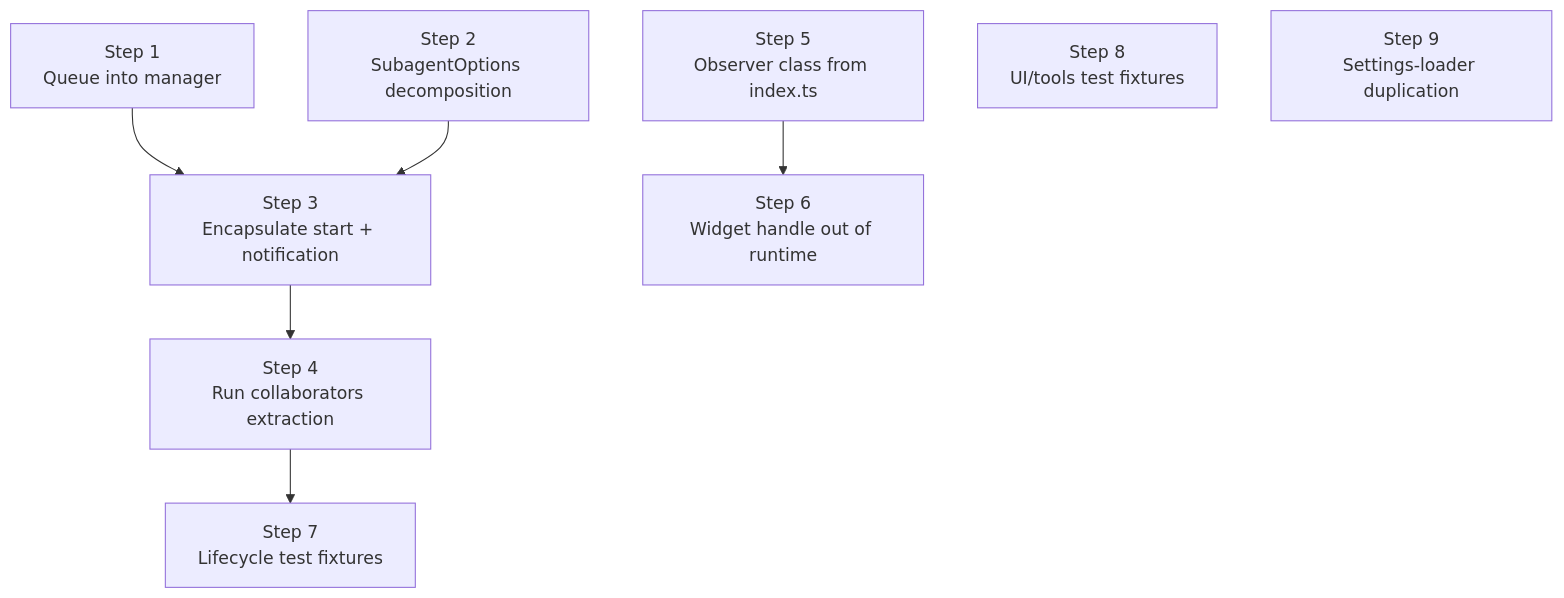
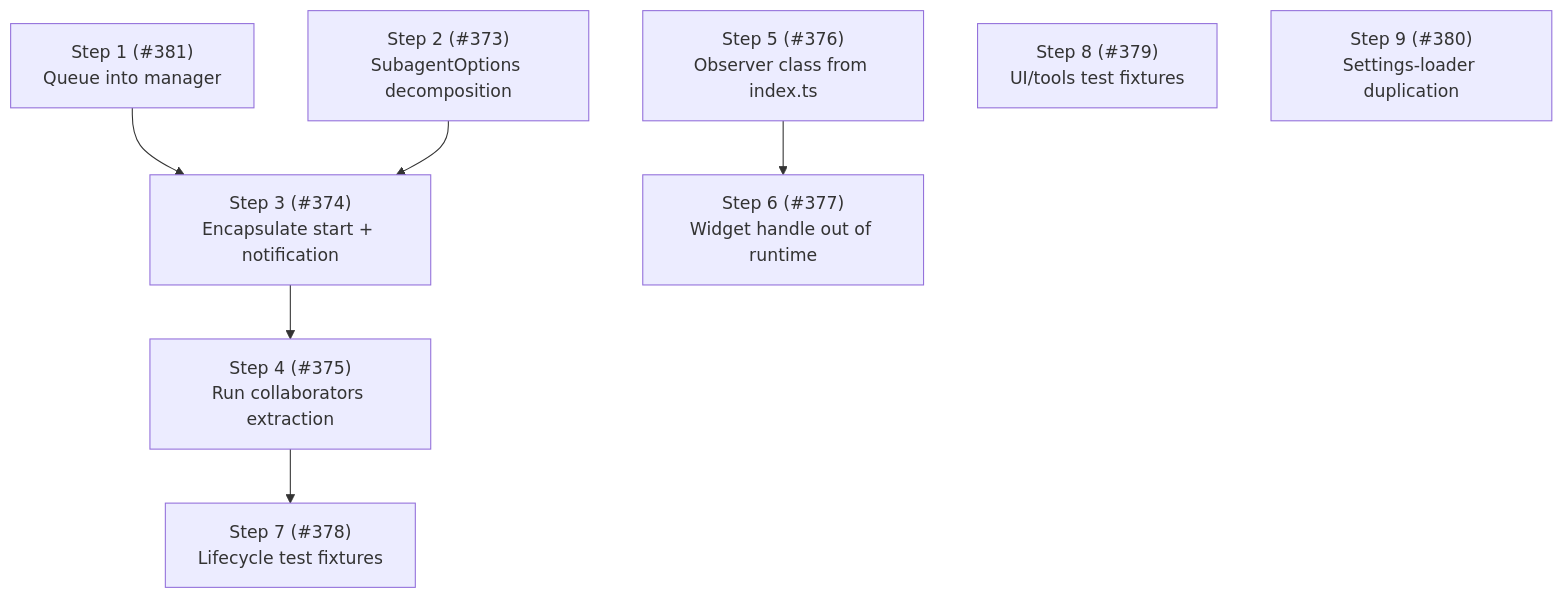
Before and after one commit to ttdua/pi-subagents: the sixth of 6 diagrams in docs/architecture/architecture.md, drawn with Mermaid. The commit also changed other lines of this file, not shown here.

Commit message:
docs(pi-subagents): link Phase 17 roadmap steps to issues #373-#381

````diff
--- a/docs/architecture/architecture.md
+++ b/docs/architecture/architecture.md
@@ -887,18 +887,18 @@
 ```mermaid
 flowchart TB
-    S1["Step 1<br/>Queue into manager"]
-    S2["Step 2<br/>SubagentOptions decomposition"]
-    S3["Step 3<br/>Encapsulate start + notification"]
-    S4["Step 4<br/>Run collaborators extraction"]
-    S5["Step 5<br/>Observer class from index.ts"]
-    S6["Step 6<br/>Widget handle out of runtime"]
-    S7["Step 7<br/>Lifecycle test fixtures"]
-    S8["Step 8<br/>UI/tools test fixtures"]
-    S9["Step 9<br/>Settings-loader duplication"]
+    S1["Step 1 (#381)<br/>Queue into manager"]
+    S2["Step 2 (#373)<br/>SubagentOptions decomposition"]
+    S3["Step 3 (#374)<br/>Encapsulate start + notification"]
+    S4["Step 4 (#375)<br/>Run collaborators extraction"]
+    S5["Step 5 (#376)<br/>Observer class from index.ts"]
+    S6["Step 6 (#377)<br/>Widget handle out of runtime"]
+    S7["Step 7 (#378)<br/>Lifecycle test fixtures"]
+    S8["Step 8 (#379)<br/>UI/tools test fixtures"]
+    S9["Step 9 (#380)<br/>Settings-loader duplication"]
 
     S1 --> S3
     S2 --> S3
     S3 --> S4
     S4 --> S7
     S5 --> S6
 ```
````
